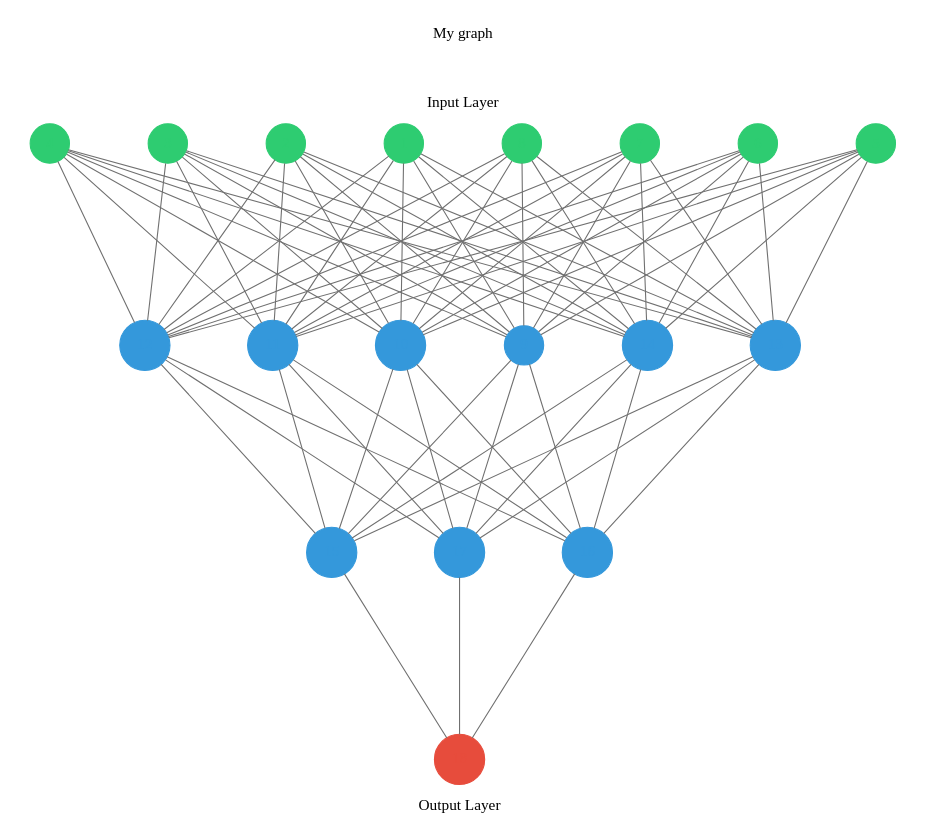
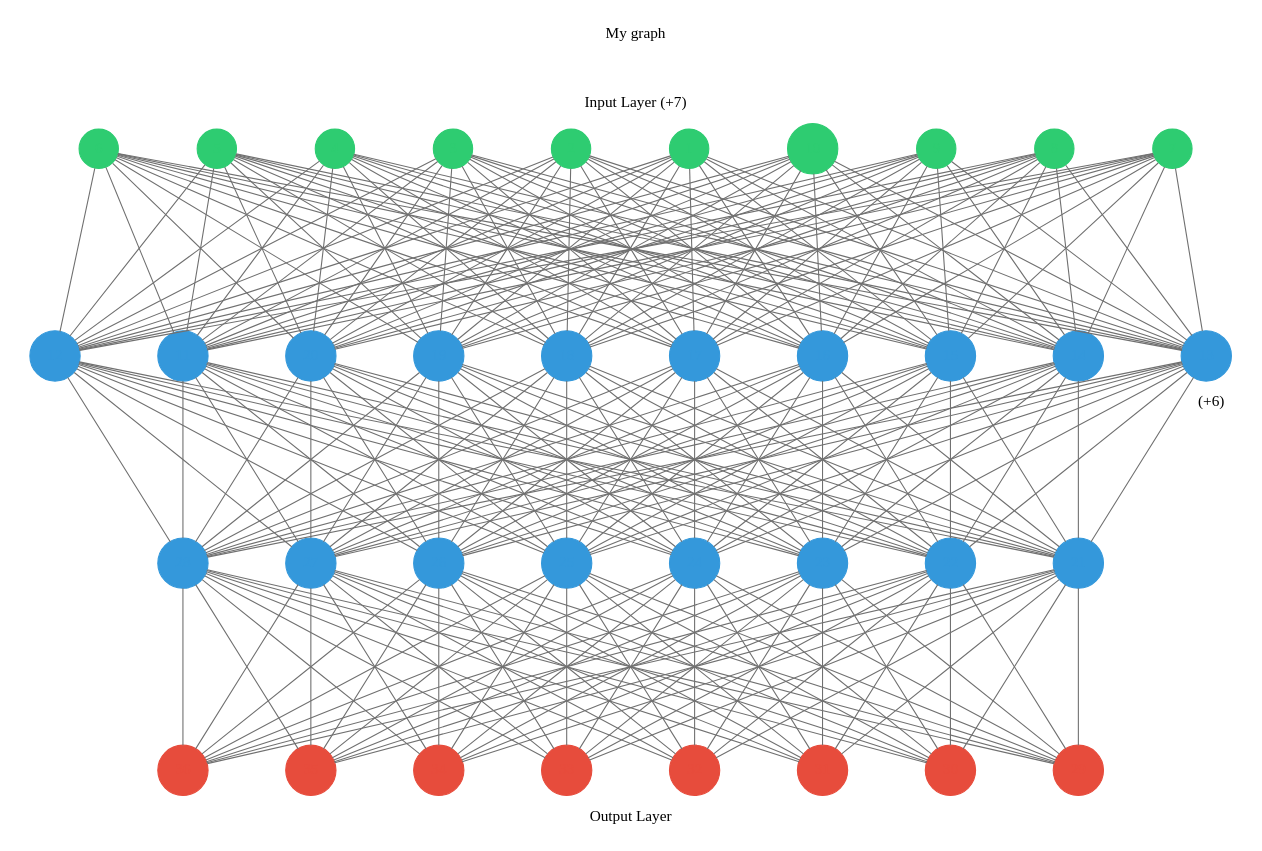
The diagram in network.gv (awawron/IntObl), drawn with Graphviz before and after one commit. The commit also changed 13 other files, not shown here.

```diff
--- a/network.gv
+++ b/network.gv
@@ -9,74 +9,72 @@
 
 
 
-Input Layer"
+Input Layer (+7)"
 		rank=same
 		2
 		label="My graph
 
 
 
-Input Layer"
+Input Layer (+7)"
 		rank=same
 		3
 		label="My graph
 
 
 
-Input Layer"
+Input Layer (+7)"
 		rank=same
 		4
 		label="My graph
 
 
 
-Input Layer"
+Input Layer (+7)"
 		rank=same
 		5
 		label="My graph
 
 
 
-Input Layer"
+Input Layer (+7)"
 		rank=same
 		6
 		label="My graph
 
 
 
-Input Layer"
+Input Layer (+7)"
 		rank=same
 		7
 		label="My graph
 
 
 
-Input Layer"
+Input Layer (+7)"
 		rank=same
 		8
 		label="My graph
 
 
 
-Input Layer"
+Input Layer (+7)"
+		rank=same
+		9
+		label="My graph
+
+
+
+Input Layer (+7)"
+		rank=same
+		10
+		label="My graph
+
+
+
+Input Layer (+7)"
 		rank=same
 	}
-	1 -> 9
-	2 -> 9
-	3 -> 9
-	4 -> 9
-	5 -> 9
-	6 -> 9
-	7 -> 9
-	8 -> 9
-	1 -> 10
-	2 -> 10
-	3 -> 10
-	4 -> 10
-	5 -> 10
-	6 -> 10
-	7 -> 10
-	8 -> 10
 	1 -> 11
 	2 -> 11
 	3 -> 11
@@ -85,6 +83,8 @@
 	6 -> 11
 	7 -> 11
 	8 -> 11
+	9 -> 11
+	10 -> 11
 	1 -> 12
 	2 -> 12
 	3 -> 12
@@ -93,6 +93,8 @@
 	6 -> 12
 	7 -> 12
 	8 -> 12
+	9 -> 12
+	10 -> 12
 	1 -> 13
 	2 -> 13
 	3 -> 13
@@ -101,6 +103,8 @@
 	6 -> 13
 	7 -> 13
 	8 -> 13
+	9 -> 13
+	10 -> 13
 	1 -> 14
 	2 -> 14
 	3 -> 14
@@ -109,52 +113,253 @@
 	6 -> 14
 	7 -> 14
 	8 -> 14
+	9 -> 14
+	10 -> 14
+	1 -> 15
+	2 -> 15
+	3 -> 15
+	4 -> 15
+	5 -> 15
+	6 -> 15
+	7 -> 15
+	8 -> 15
+	9 -> 15
+	10 -> 15
+	1 -> 16
+	2 -> 16
+	3 -> 16
+	4 -> 16
+	5 -> 16
+	6 -> 16
+	7 -> 16
+	8 -> 16
+	9 -> 16
+	10 -> 16
+	1 -> 17
+	2 -> 17
+	3 -> 17
+	4 -> 17
+	5 -> 17
+	6 -> 17
+	7 -> 17
+	8 -> 17
+	9 -> 17
+	10 -> 17
+	1 -> 18
+	2 -> 18
+	3 -> 18
+	4 -> 18
+	5 -> 18
+	6 -> 18
+	7 -> 18
+	8 -> 18
+	9 -> 18
+	10 -> 18
+	1 -> 19
+	2 -> 19
+	3 -> 19
+	4 -> 19
+	5 -> 19
+	6 -> 19
+	7 -> 19
+	8 -> 19
+	9 -> 19
+	10 -> 19
+	1 -> 20
+	2 -> 20
+	3 -> 20
+	4 -> 20
+	5 -> 20
+	6 -> 20
+	7 -> 20
+	8 -> 20
+	9 -> 20
+	10 -> 20
 	subgraph cluster_1 {
 		color=white
 		rank=same
-		label="" labeljust=right labelloc=b
-		9 [color="#3498db" fontcolor="#3498db" shape=circle style=filled]
-		10 [color="#3498db" fontcolor="#3498db" shape=circle style=filled]
+		label=" (+6)" labeljust=right labelloc=b
 		11 [color="#3498db" fontcolor="#3498db" shape=circle style=filled]
 		12 [color="#3498db" fontcolor="#3498db" shape=circle style=filled]
 		13 [color="#3498db" fontcolor="#3498db" shape=circle style=filled]
 		14 [color="#3498db" fontcolor="#3498db" shape=circle style=filled]
+		15 [color="#3498db" fontcolor="#3498db" shape=circle style=filled]
+		16 [color="#3498db" fontcolor="#3498db" shape=circle style=filled]
+		17 [color="#3498db" fontcolor="#3498db" shape=circle style=filled]
+		18 [color="#3498db" fontcolor="#3498db" shape=circle style=filled]
+		19 [color="#3498db" fontcolor="#3498db" shape=circle style=filled]
+		20 [color="#3498db" fontcolor="#3498db" shape=circle style=filled]
 	}
-	9 -> 15
-	10 -> 15
-	11 -> 15
-	12 -> 15
-	13 -> 15
-	14 -> 15
-	9 -> 16
-	10 -> 16
-	11 -> 16
-	12 -> 16
-	13 -> 16
-	14 -> 16
-	9 -> 17
-	10 -> 17
-	11 -> 17
-	12 -> 17
-	13 -> 17
-	14 -> 17
+	11 -> 21
+	12 -> 21
+	13 -> 21
+	14 -> 21
+	15 -> 21
+	16 -> 21
+	17 -> 21
+	18 -> 21
+	19 -> 21
+	20 -> 21
+	11 -> 22
+	12 -> 22
+	13 -> 22
+	14 -> 22
+	15 -> 22
+	16 -> 22
+	17 -> 22
+	18 -> 22
+	19 -> 22
+	20 -> 22
+	11 -> 23
+	12 -> 23
+	13 -> 23
+	14 -> 23
+	15 -> 23
+	16 -> 23
+	17 -> 23
+	18 -> 23
+	19 -> 23
+	20 -> 23
+	11 -> 24
+	12 -> 24
+	13 -> 24
+	14 -> 24
+	15 -> 24
+	16 -> 24
+	17 -> 24
+	18 -> 24
+	19 -> 24
+	20 -> 24
+	11 -> 25
+	12 -> 25
+	13 -> 25
+	14 -> 25
+	15 -> 25
+	16 -> 25
+	17 -> 25
+	18 -> 25
+	19 -> 25
+	20 -> 25
+	11 -> 26
+	12 -> 26
+	13 -> 26
+	14 -> 26
+	15 -> 26
+	16 -> 26
+	17 -> 26
+	18 -> 26
+	19 -> 26
+	20 -> 26
+	11 -> 27
+	12 -> 27
+	13 -> 27
+	14 -> 27
+	15 -> 27
+	16 -> 27
+	17 -> 27
+	18 -> 27
+	19 -> 27
+	20 -> 27
+	11 -> 28
+	12 -> 28
+	13 -> 28
+	14 -> 28
+	15 -> 28
+	16 -> 28
+	17 -> 28
+	18 -> 28
+	19 -> 28
+	20 -> 28
 	subgraph cluster_2 {
 		color=white
 		rank=same
 		label="" labeljust=right labelloc=b
-		15 [color="#3498db" fontcolor="#3498db" shape=circle style=filled]
-		16 [color="#3498db" fontcolor="#3498db" shape=circle style=filled]
-		17 [color="#3498db" fontcolor="#3498db" shape=circle style=filled]
+		21 [color="#3498db" fontcolor="#3498db" shape=circle style=filled]
+		22 [color="#3498db" fontcolor="#3498db" shape=circle style=filled]
+		23 [color="#3498db" fontcolor="#3498db" shape=circle style=filled]
+		24 [color="#3498db" fontcolor="#3498db" shape=circle style=filled]
+		25 [color="#3498db" fontcolor="#3498db" shape=circle style=filled]
+		26 [color="#3498db" fontcolor="#3498db" shape=circle style=filled]
+		27 [color="#3498db" fontcolor="#3498db" shape=circle style=filled]
+		28 [color="#3498db" fontcolor="#3498db" shape=circle style=filled]
 	}
-	15 -> 18
-	16 -> 18
-	17 -> 18
+	21 -> 29
+	22 -> 29
+	23 -> 29
+	24 -> 29
+	25 -> 29
+	26 -> 29
+	27 -> 29
+	28 -> 29
+	21 -> 30
+	22 -> 30
+	23 -> 30
+	24 -> 30
+	25 -> 30
+	26 -> 30
+	27 -> 30
+	28 -> 30
+	21 -> 31
+	22 -> 31
+	23 -> 31
+	24 -> 31
+	25 -> 31
+	26 -> 31
+	27 -> 31
+	28 -> 31
+	21 -> 32
+	22 -> 32
+	23 -> 32
+	24 -> 32
+	25 -> 32
+	26 -> 32
+	27 -> 32
+	28 -> 32
+	21 -> 33
+	22 -> 33
+	23 -> 33
+	24 -> 33
+	25 -> 33
+	26 -> 33
+	27 -> 33
+	28 -> 33
+	21 -> 34
+	22 -> 34
+	23 -> 34
+	24 -> 34
+	25 -> 34
+	26 -> 34
+	27 -> 34
+	28 -> 34
+	21 -> 35
+	22 -> 35
+	23 -> 35
+	24 -> 35
+	25 -> 35
+	26 -> 35
+	27 -> 35
+	28 -> 35
+	21 -> 36
+	22 -> 36
+	23 -> 36
+	24 -> 36
+	25 -> 36
+	26 -> 36
+	27 -> 36
+	28 -> 36
 	subgraph cluster_output {
 		node [color="#2ecc71" fontcolor="#2ecc71" shape=circle style=filled]
 		color=white
 		rank=same
 		labeljust=1
-		18 [color="#e74c3c" fontcolor="#e74c3c" shape=circle style=filled]
+		29 [color="#e74c3c" fontcolor="#e74c3c" shape=circle style=filled]
+		30 [color="#e74c3c" fontcolor="#e74c3c" shape=circle style=filled]
+		31 [color="#e74c3c" fontcolor="#e74c3c" shape=circle style=filled]
+		32 [color="#e74c3c" fontcolor="#e74c3c" shape=circle style=filled]
+		33 [color="#e74c3c" fontcolor="#e74c3c" shape=circle style=filled]
+		34 [color="#e74c3c" fontcolor="#e74c3c" shape=circle style=filled]
+		35 [color="#e74c3c" fontcolor="#e74c3c" shape=circle style=filled]
+		36 [color="#e74c3c" fontcolor="#e74c3c" shape=circle style=filled]
 		label="Output Layer" labelloc=bottom
 	}
 	arrowShape=none
```
